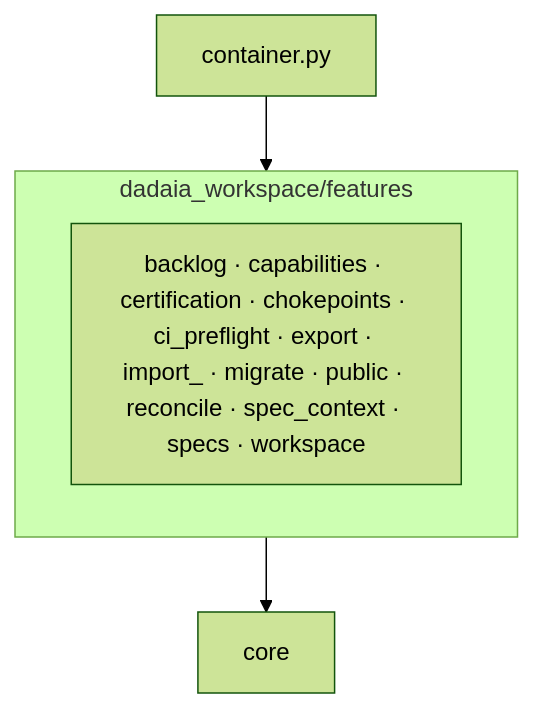
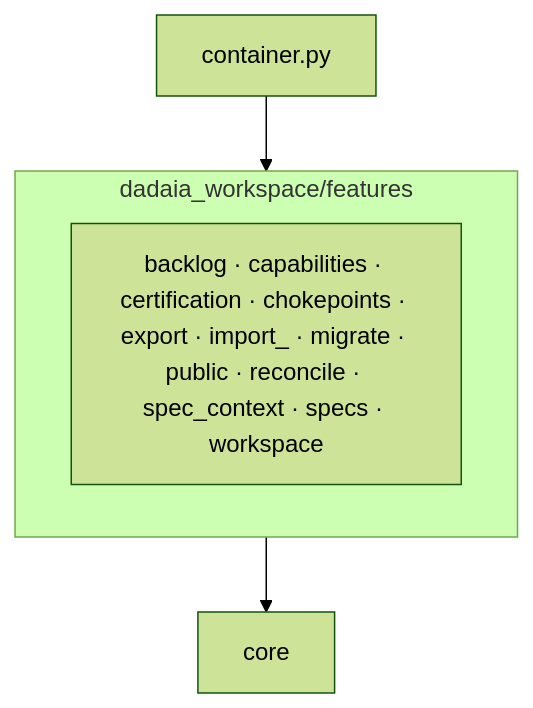
The second of 2 diagrams in specs/memory/ARCHITECTURE.md (marcoaureliomenezes/dadaia-workspace), drawn with Mermaid (forest theme) before and after one commit. The commit also changed other lines of this file and 1 other file, not shown here.

````diff
--- a/specs/memory/ARCHITECTURE.md
+++ b/specs/memory/ARCHITECTURE.md
@@ -136,8 +135,8 @@
 ```mermaid
 flowchart TB
     subgraph features["dadaia_workspace/features"]
-      pkgs["backlog · capabilities · certification · chokepoints · ci_preflight · export · import_ · migrate · public · reconcile · spec_context · specs · workspace"]
+      pkgs["backlog · capabilities · certification · chokepoints · export · import_ · migrate · public · reconcile · spec_context · specs · workspace"]
     end
     container["container.py"] --> features
     features --> core["core"]
 ```
````
